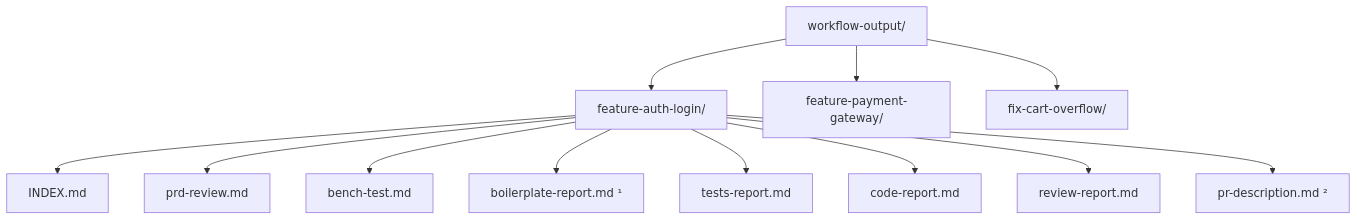
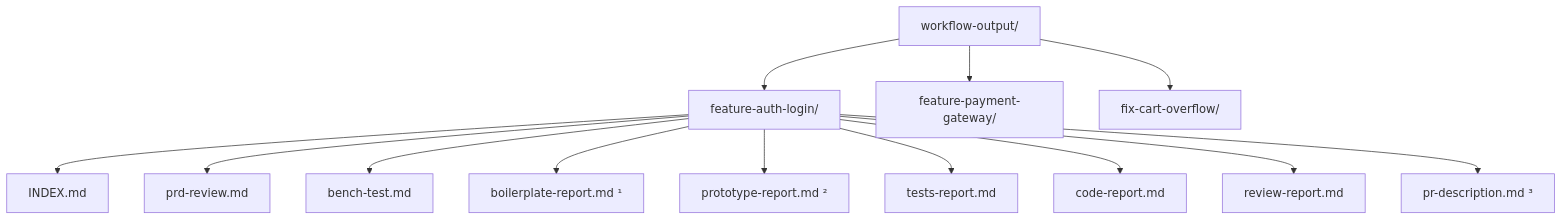
One commit to mateus-dti/dev-workflow changed the second of 3 diagrams in README.md. Above: the diagram before and after it, drawn with Mermaid. The commit also changed other lines of this file and 2 other files, not shown here.

First line of the commit message:
feat: add dev-workflow-prototype command and agent for UI prototyping via Stitch MCP

````diff
--- a/README.md
+++ b/README.md
@@ -99,20 +104,21 @@
 ```mermaid
 graph TD
     ROOT["workflow-output/"]
     F1["feature-auth-login/"]
     F2["feature-payment-gateway/"]
     F3["fix-cart-overflow/"]
 
     ROOT --> F1
     ROOT --> F2
     ROOT --> F3
 
     F1 --> A1["INDEX.md"]
     F1 --> A2["prd-review.md"]
     F1 --> A3["bench-test.md"]
     F1 --> A4["boilerplate-report.md ¹"]
-    F1 --> A5["tests-report.md"]
-    F1 --> A6["code-report.md"]
-    F1 --> A7["review-report.md"]
-    F1 --> A8["pr-description.md ²"]
+    F1 --> A5["prototype-report.md ²"]
+    F1 --> A6["tests-report.md"]
+    F1 --> A7["code-report.md"]
+    F1 --> A8["review-report.md"]
+    F1 --> A9["pr-description.md ³"]
 ```
````
